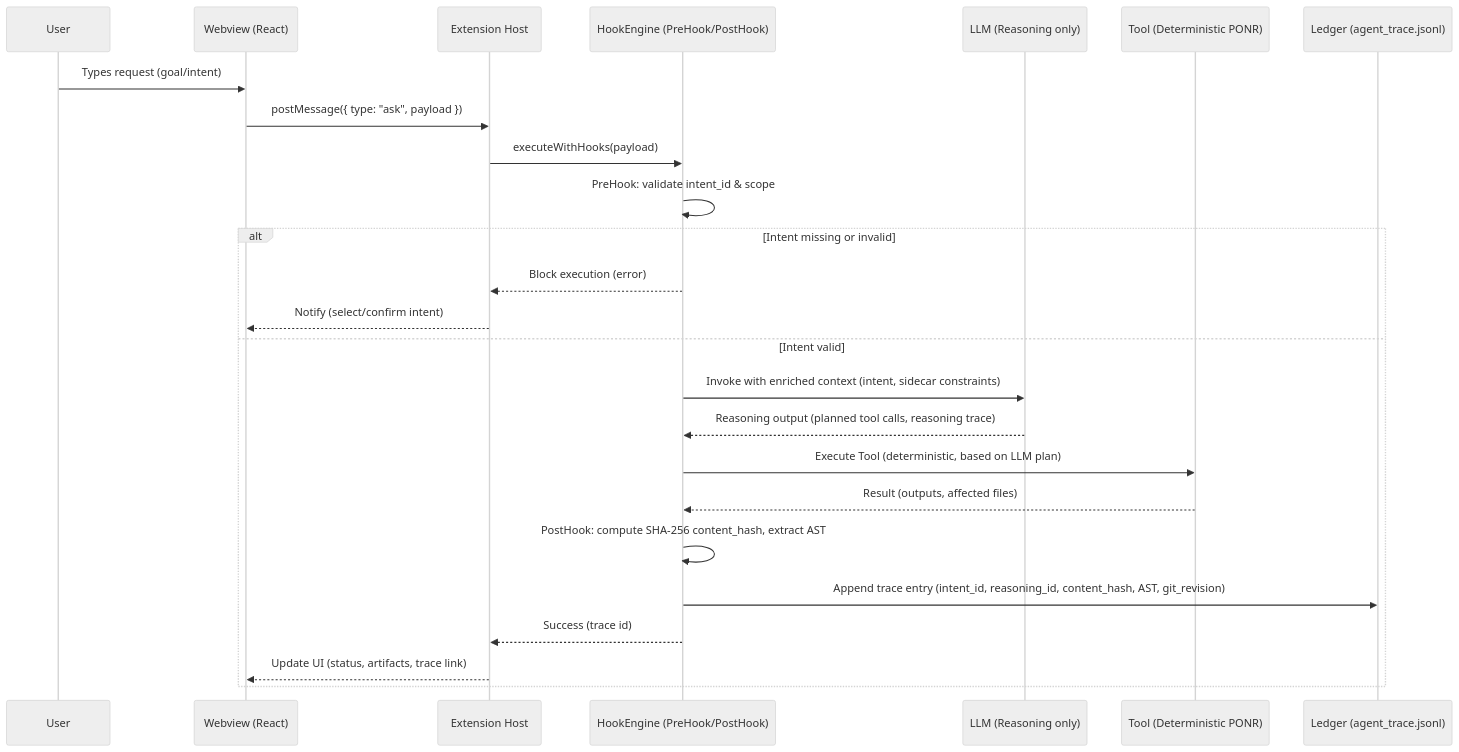
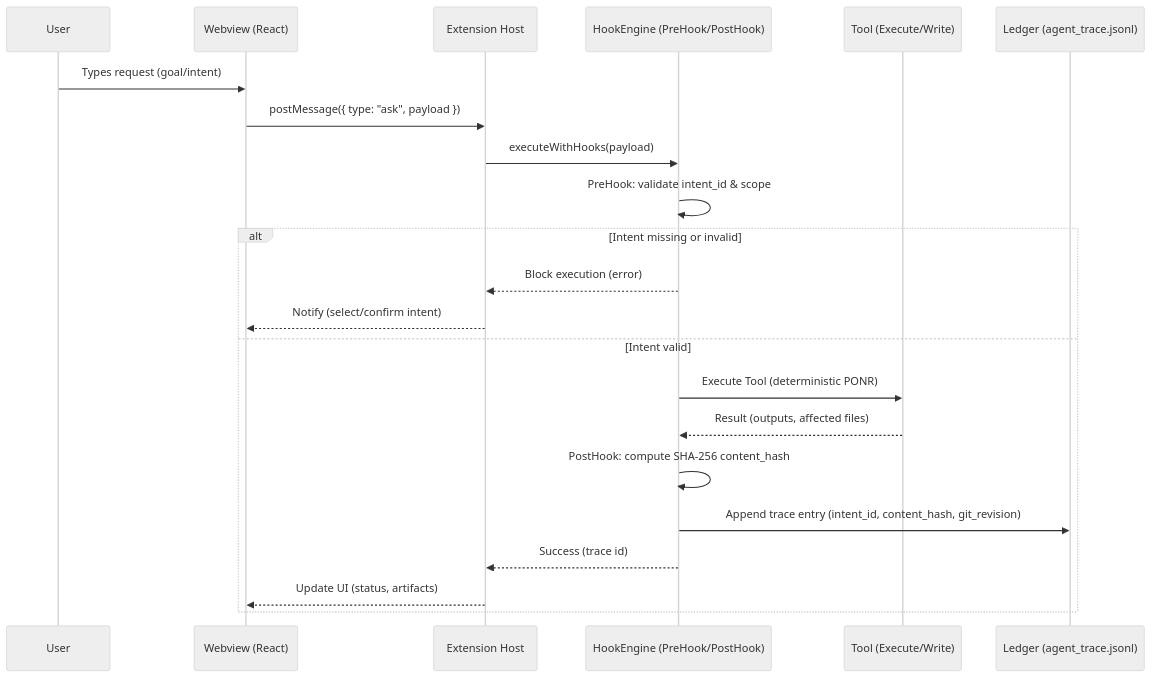
One commit to Azazh/Roo-Code changed the diagram in README.md. Above: the diagram before and after it, drawn with Mermaid (neutral theme). The commit also changed 19 other files, not shown here.

Commit message:
revert: undo all Feb 20 commits on feat/handshake-select-active-intent

````diff
--- a/README.md
+++ b/README.md
@@ -83,30 +83,27 @@
 ```mermaid
 sequenceDiagram
-	participant U as User
-	participant W as Webview (React)
-	participant E as Extension Host
-	participant H as HookEngine (PreHook/PostHook)
-	participant L as LLM (Reasoning only)
-	participant T as Tool (Deterministic PONR)
-	participant D as Ledger (agent_trace.jsonl)
+		participant U as User
+		participant W as Webview (React)
+		participant E as Extension Host
+		participant H as HookEngine (PreHook/PostHook)
+		participant T as Tool (Execute/Write)
+		participant L as Ledger (agent_trace.jsonl)
 
-	U->>W: Types request (goal/intent)
-	W->>E: postMessage({ type: "ask", payload })
-	E->>H: executeWithHooks(payload)
+		U->>W: Types request (goal/intent)
+		W->>E: postMessage({ type: "ask", payload })
+		E->>H: executeWithHooks(payload)
 
-	H->>H: PreHook: validate intent_id & scope
+		H->>H: PreHook: validate intent_id & scope
 
-	alt Intent missing or invalid
-		H-->>E: Block execution (error)
-		E-->>W: Notify (select/confirm intent)
-	else Intent valid
-		H->>L: Invoke with enriched context (intent, sidecar constraints)
-		L-->>H: Reasoning output (planned tool calls, reasoning trace)
-		H->>T: Execute Tool (deterministic, based on LLM plan)
-		T-->>H: Result (outputs, affected files)
-		H->>H: PostHook: compute SHA-256 content_hash, extract AST
-		H->>D: Append trace entry (intent_id, reasoning_id, content_hash, AST, git_revision)
-		H-->>E: Success (trace id)
-		E-->>W: Update UI (status, artifacts, trace link)
-	end
+		alt Intent missing or invalid
+				H-->>E: Block execution (error)
+				E-->>W: Notify (select/confirm intent)
+		else Intent valid
+				H->>T: Execute Tool (deterministic PONR)
+				T-->>H: Result (outputs, affected files)
+				H->>H: PostHook: compute SHA-256 content_hash
+				H->>L: Append trace entry (intent_id, content_hash, git_revision)
+				H-->>E: Success (trace id)
+				E-->>W: Update UI (status, artifacts)
+		end
 ```
````
